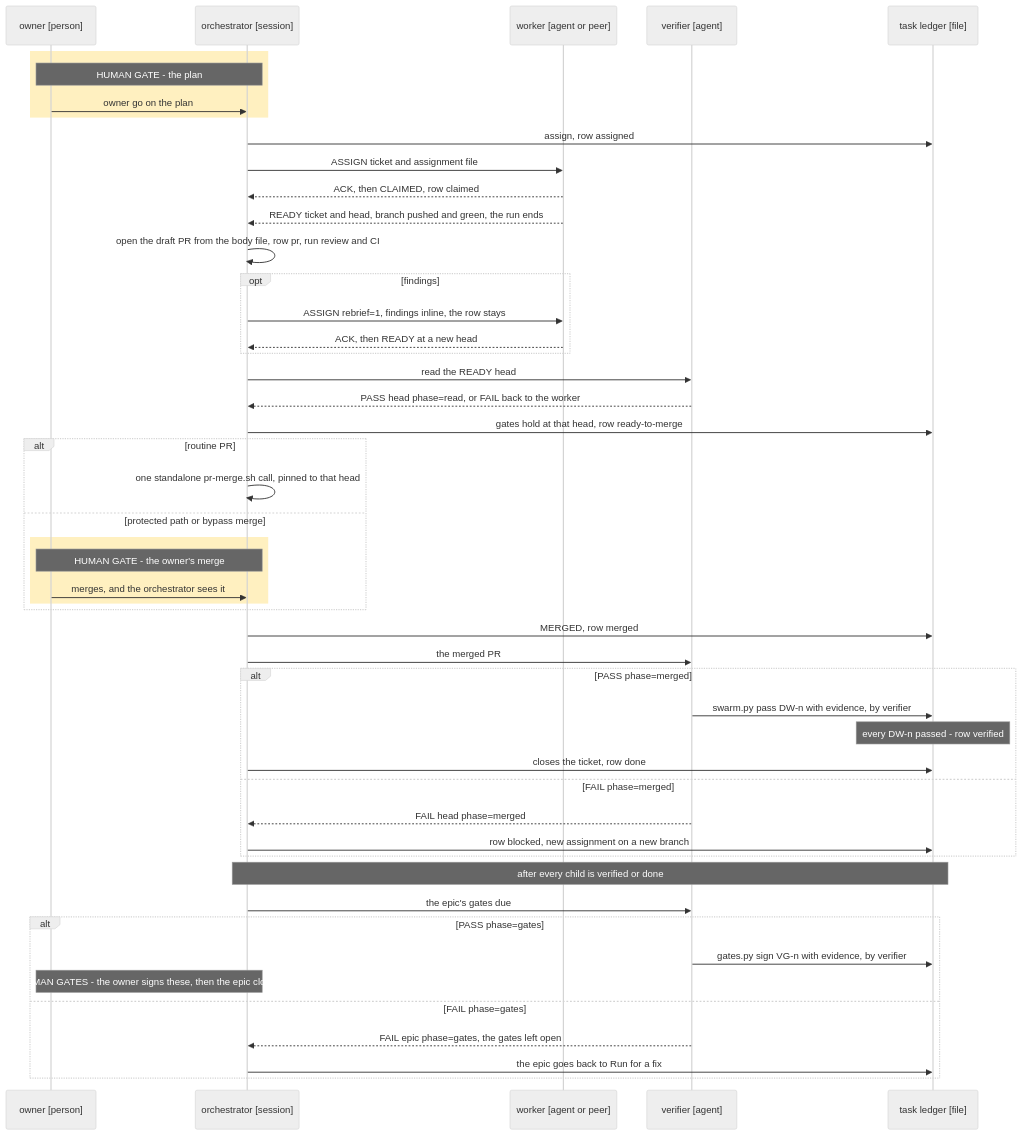
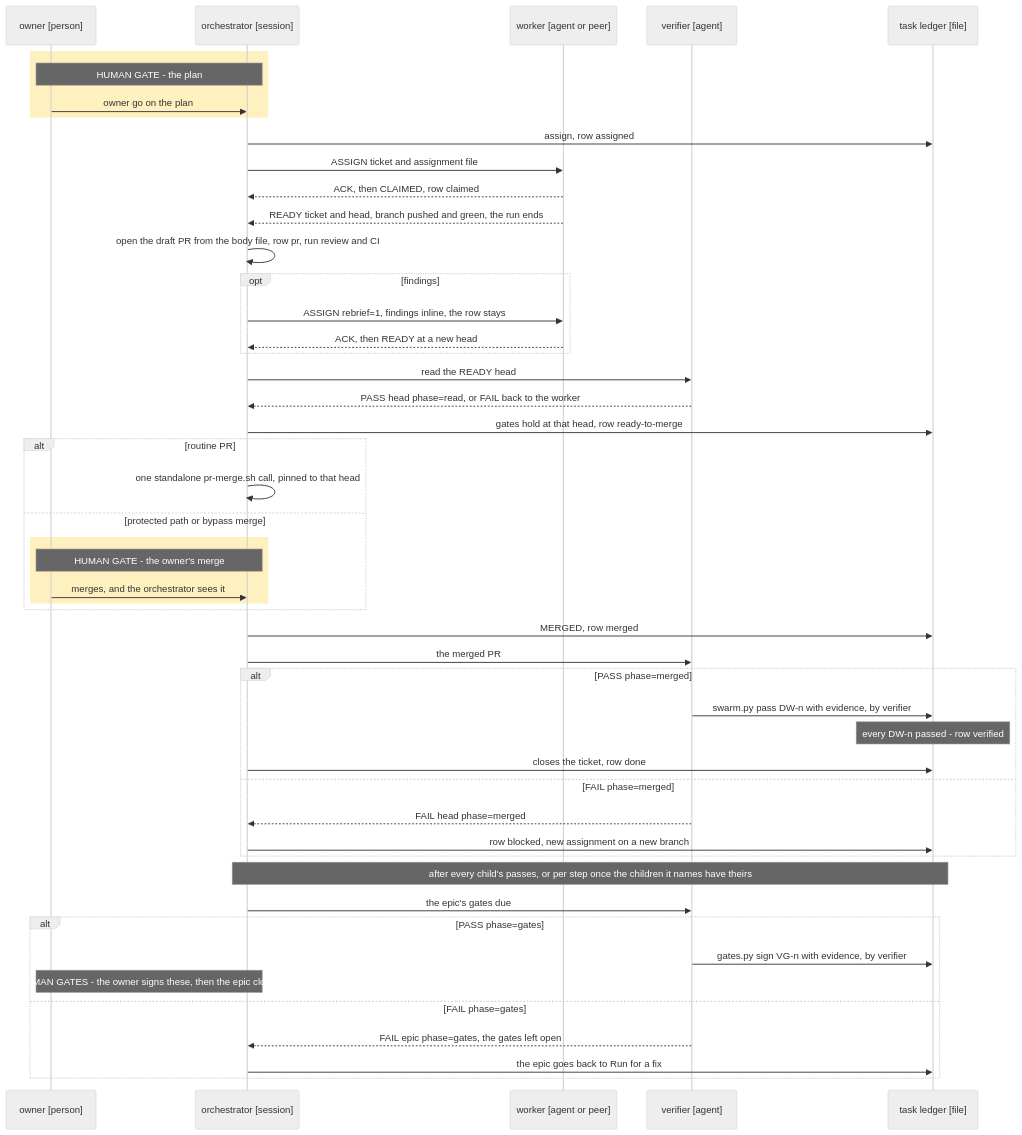
The diagram in docs/swarm.md (MdaaaaO/ai-baton), drawn with Mermaid (neutral theme) before and after one commit. The commit also changed other lines of this file and 5 other files, not shown here.

````diff
--- a/docs/swarm.md
+++ b/docs/swarm.md
@@ -79,52 +86,52 @@
 ```mermaid
 sequenceDiagram
   participant Own as owner [person]
   participant Orc as orchestrator [session]
   participant Wrk as worker [agent or peer]
   participant Ver as verifier [agent]
   participant Led as task ledger [file]
 
   rect rgba(255, 193, 7, 0.25)
     Note over Own,Orc: HUMAN GATE - the plan
     Own->>Orc: owner go on the plan
   end
   Orc->>Led: assign, row assigned
   Orc->>Wrk: ASSIGN ticket and assignment file
   Wrk-->>Orc: ACK, then CLAIMED, row claimed
   Wrk-->>Orc: READY ticket and head, branch pushed and green, the run ends
   Orc->>Orc: open the draft PR from the body file, row pr, run review and CI
   opt findings
     Orc->>Wrk: ASSIGN rebrief=1, findings inline, the row stays
     Wrk-->>Orc: ACK, then READY at a new head
   end
   Orc->>Ver: read the READY head
   Ver-->>Orc: PASS head phase=read, or FAIL back to the worker
   Orc->>Led: gates hold at that head, row ready-to-merge
   alt routine PR
     Orc->>Orc: one standalone pr-merge.sh call, pinned to that head
   else protected path or bypass merge
     rect rgba(255, 193, 7, 0.25)
       Note over Own,Orc: HUMAN GATE - the owner's merge
       Own->>Orc: merges, and the orchestrator sees it
     end
   end
   Orc->>Led: MERGED, row merged
   Orc->>Ver: the merged PR
   alt PASS phase=merged
     Ver->>Led: swarm.py pass DW-n with evidence, by verifier
     Note over Led: every DW-n passed - row verified
     Orc->>Led: closes the ticket, row done
   else FAIL phase=merged
     Ver-->>Orc: FAIL head phase=merged
     Orc->>Led: row blocked, new assignment on a new branch
   end
-  Note over Orc,Led: after every child is verified or done
+  Note over Orc,Led: after every child's passes, or per step once the children it names have theirs
   Orc->>Ver: the epic's gates due
   alt PASS phase=gates
     Ver->>Led: gates.py sign VG-n with evidence, by verifier
     Note over Own,Orc: HUMAN GATES - the owner signs these, then the epic closes
   else FAIL phase=gates
     Ver-->>Orc: FAIL epic phase=gates, the gates left open
     Orc->>Led: the epic goes back to Run for a fix
   end
 ```
````
